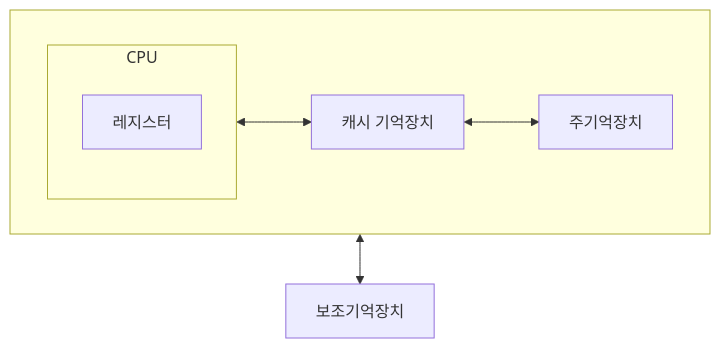
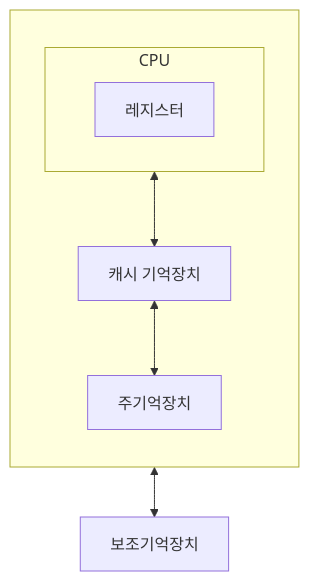
One commit to choiexe1/local changed the diagram in Lectures/25년 1학기/컴퓨터의 이해/5강 보조기억장치와 데이터 저장.md. Above: the diagram before and after it, drawn with Mermaid. The commit also changed other lines of this file and 1 other file, not shown here.

````diff
--- a/Lectures/25년 1학기/컴퓨터의 이해/5강 보조기억장치와 데이터 저장.md
+++ b/Lectures/25년 1학기/컴퓨터의 이해/5강 보조기억장치와 데이터 저장.md
@@ -13,19 +13,20 @@
 ```mermaid
 graph TB
 
 subgraph CPU
 	레지스터
 end
 
 D["보조기억장치"]
 
 subgraph A[" "]
+direction TB
 	CPU
 	Cache["캐시 기억장치"]
 	주기억장치
 end
 
 CPU <--> Cache <--> 주기억장치
 
-A <--> D
+주기억장치 <--> D
 ```
````
